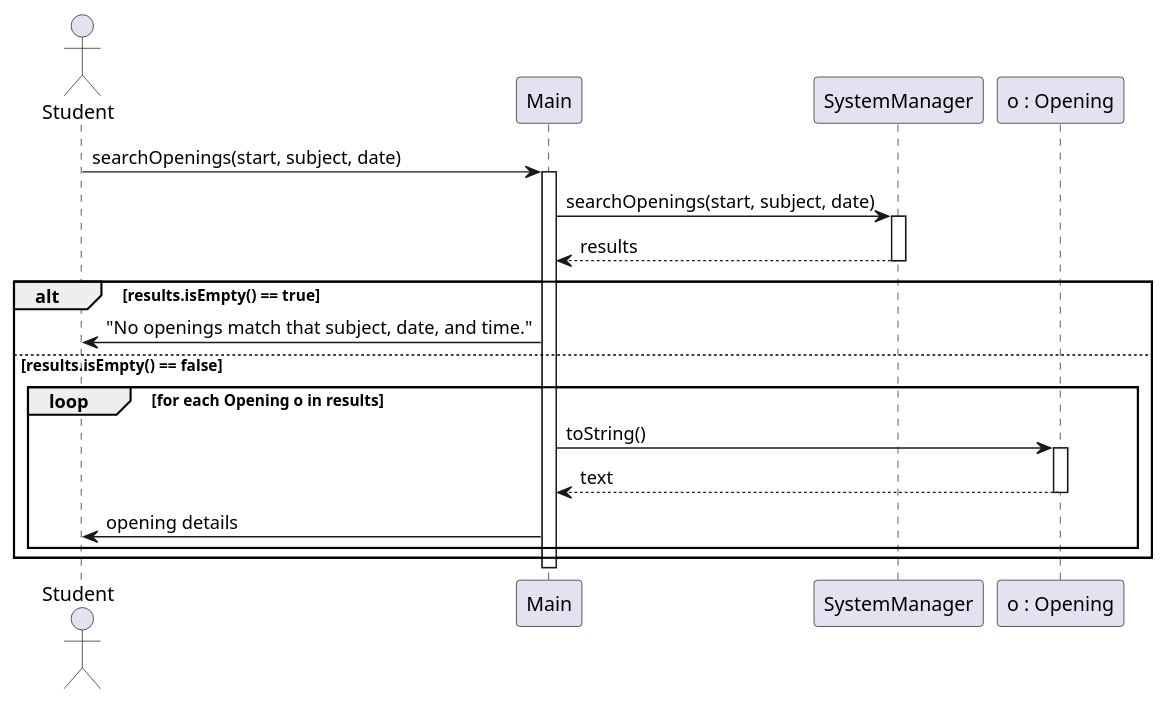
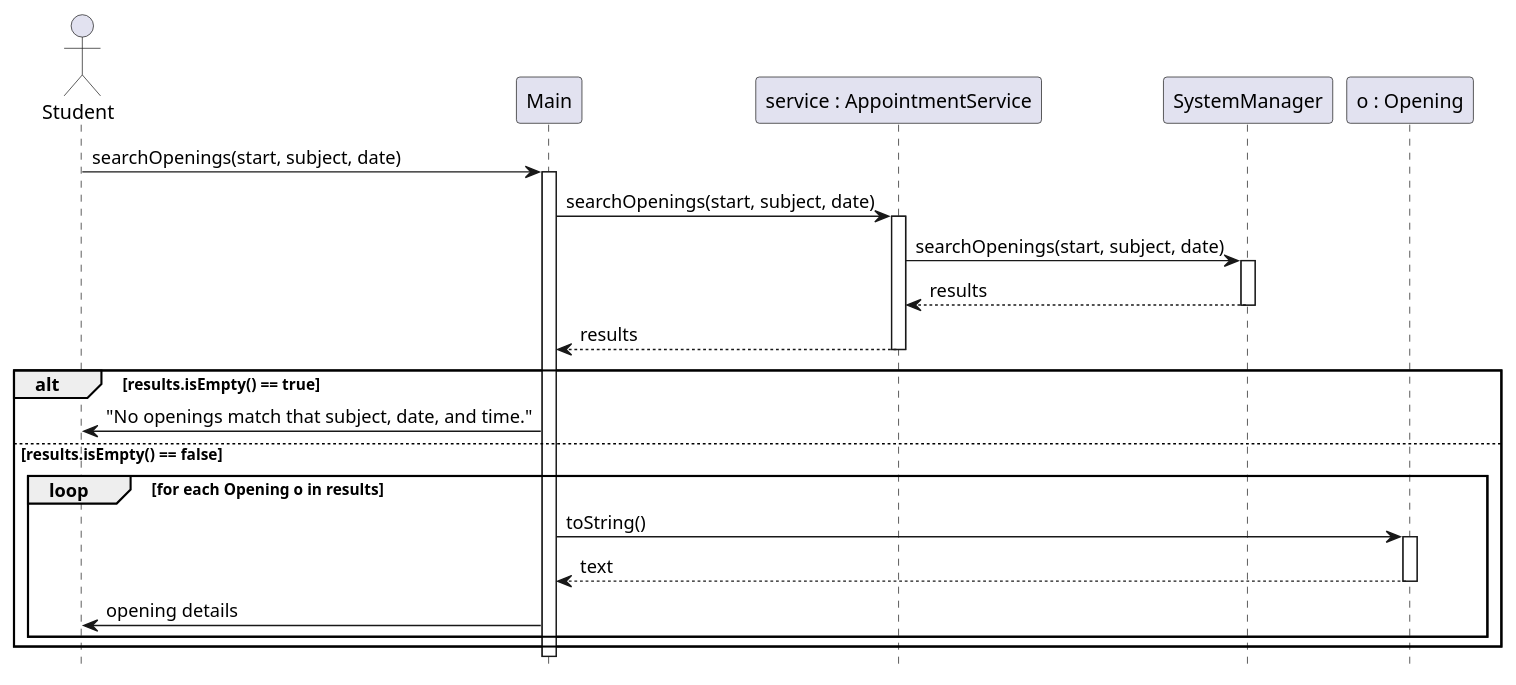
The diagram in docs/diagrams/search-openings-sequence.puml (localhost433/OOPFinalProject), drawn with PlantUML before and after one commit. The commit also changed 13 other files, not shown here.

```diff
--- a/docs/diagrams/search-openings-sequence.puml
+++ b/docs/diagrams/search-openings-sequence.puml
@@ -1,33 +1,42 @@
 @startuml search-openings-sequence
 ' Sequence diagram — Student searches for available openings (Main.searchOpenings)
+
+hide footbox
 
 actor Student as student
 
 participant "Main" as main
+participant "service : AppointmentService" as service
 participant "SystemManager" as sys
 participant "o : Opening" as open
 
 student -> main : searchOpenings(start, subject, date)
 activate main
 
-main -> sys : searchOpenings(start, subject, date)
+main -> service : searchOpenings(start, subject, date)
+activate service
+
+service -> sys : searchOpenings(start, subject, date)
 activate sys
-sys --> main : results
+sys --> service : results
 deactivate sys
+
+service --> main : results
+deactivate service
 
 alt results.isEmpty() == true
     main -> student : "No openings match that subject, date, and time."
 else results.isEmpty() == false
     loop for each Opening o in results
         main -> open : toString()
         activate open
         open --> main : text
         deactivate open
 
         main -> student : opening details
     end
 end
 
 deactivate main
 
 @enduml
```
